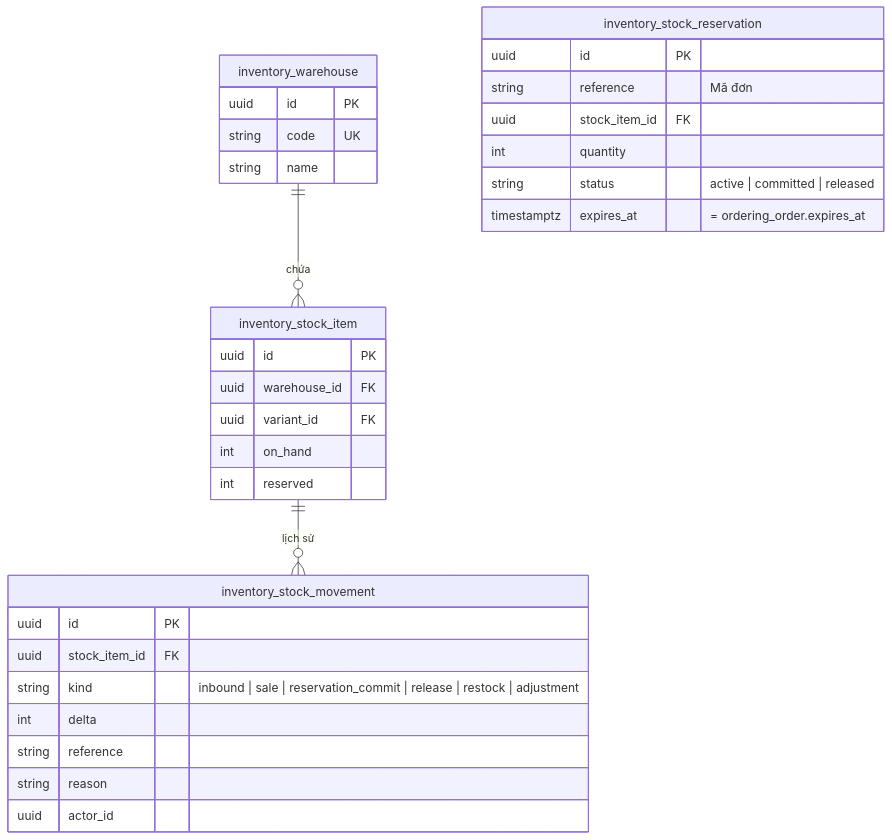
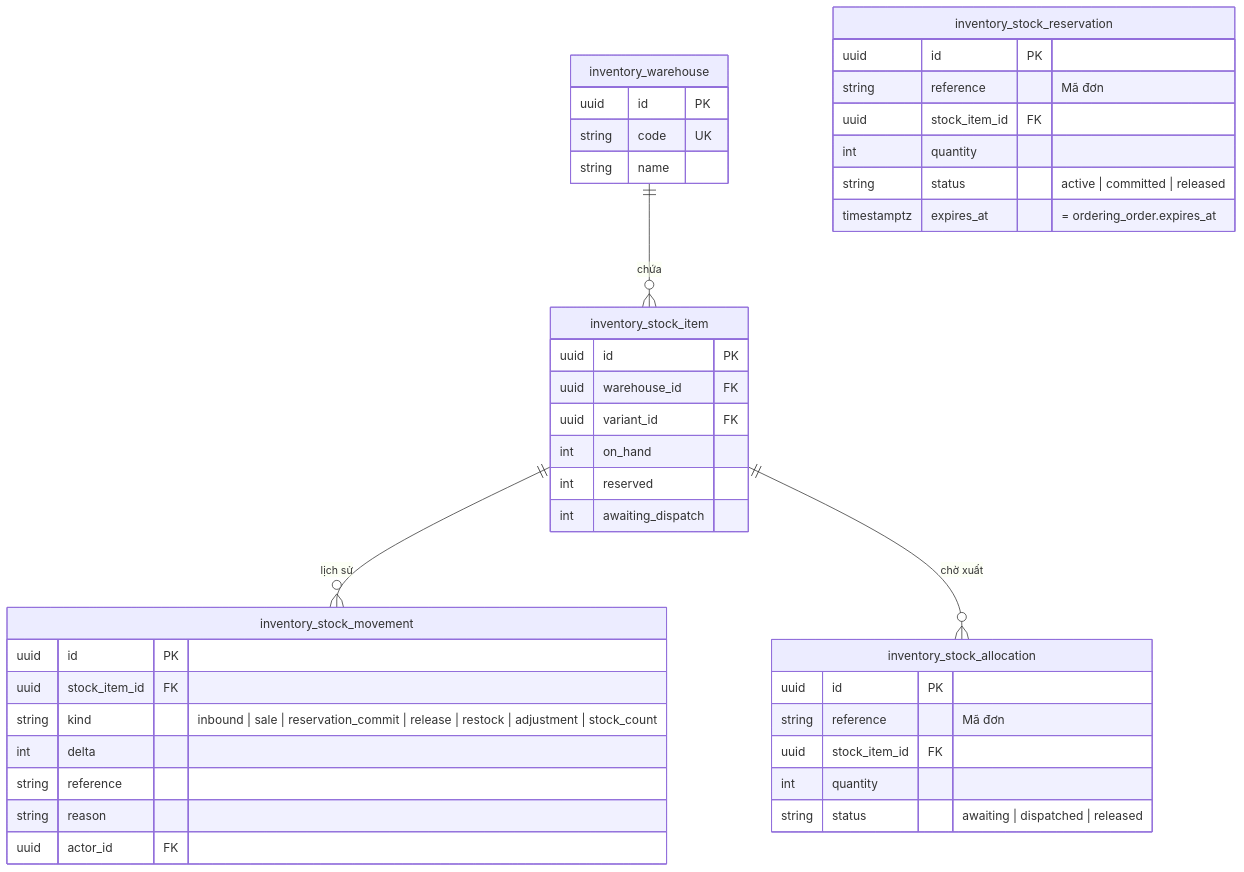
Before and after one commit to LuongCongThanh/boilerplate-ecommerce-next-16: the fourth of 9 diagrams in docs/architecture/03-data-model.md, drawn with Mermaid. The commit also changed other lines of this file and 15 other files, not shown here.

````diff
--- a/docs/architecture/03-data-model.md
+++ b/docs/architecture/03-data-model.md
@@ -190,34 +210,43 @@
 ```mermaid
 erDiagram
     inventory_warehouse ||--o{ inventory_stock_item : "chứa"
     inventory_stock_item ||--o{ inventory_stock_movement : "lịch sử"
+    inventory_stock_item ||--o{ inventory_stock_allocation : "chờ xuất"
     inventory_warehouse {
         uuid id PK
         string code UK
         string name
     }
     inventory_stock_item {
         uuid id PK
         uuid warehouse_id FK
         uuid variant_id FK
         int on_hand
         int reserved
+        int awaiting_dispatch
+    }
+    inventory_stock_allocation {
+        uuid id PK
+        string reference "Mã đơn"
+        uuid stock_item_id FK
+        int quantity
+        string status "awaiting | dispatched | released"
     }
     inventory_stock_reservation {
         uuid id PK
         string reference "Mã đơn"
         uuid stock_item_id FK
         int quantity
         string status "active | committed | released"
         timestamptz expires_at "= ordering_order.expires_at"
     }
     inventory_stock_movement {
         uuid id PK
         uuid stock_item_id FK
-        string kind "inbound | sale | reservation_commit | release | restock | adjustment"
+        string kind "inbound | sale | reservation_commit | release | restock | adjustment | stock_count"
         int delta
         string reference
         string reason
-        uuid actor_id
+        uuid actor_id FK
     }
 ```
````
